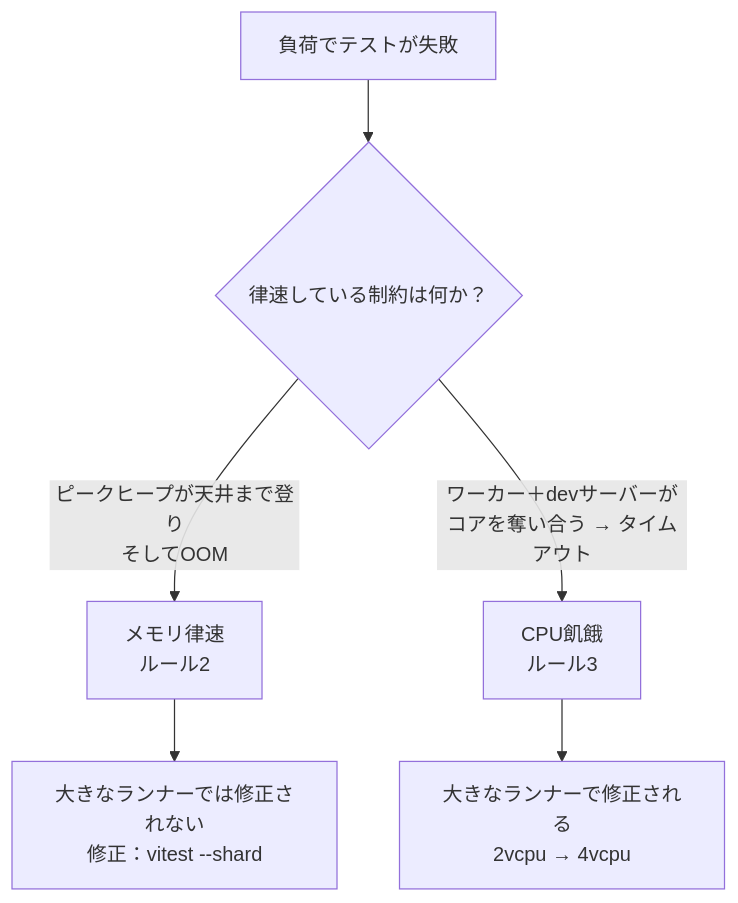
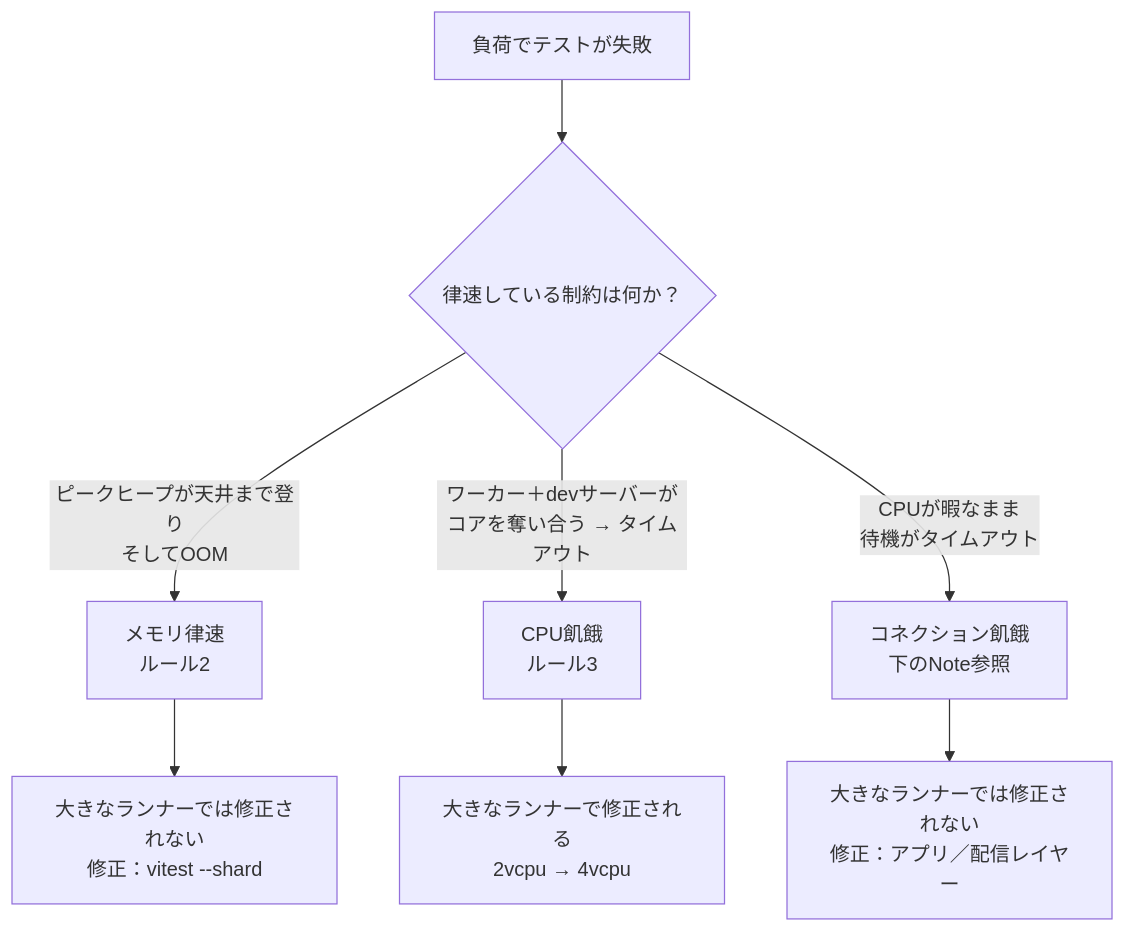
Before and after one commit to Takazudo/zudo-test-wisdom: the diagram in src/content/docs-ja/tools-reference/ci-runner-sizing.mdx, drawn with Mermaid. The commit also changed other lines of this file and 7 other files, not shown here.

````diff
--- a/src/content/docs-ja/tools-reference/ci-runner-sizing.mdx
+++ b/src/content/docs-ja/tools-reference/ci-runner-sizing.mdx
@@ -148,8 +148,10 @@
 ```mermaid
 flowchart TD
   A[負荷でテストが失敗] --> B{律速している制約は何か？}
   B -->|ピークヒープが天井まで登り<br/>そしてOOM| C[メモリ律速<br/>ルール2]
   B -->|ワーカー＋devサーバーが<br/>コアを奪い合う → タイムアウト| D[CPU飢餓<br/>ルール3]
+  B -->|CPUが暇なまま<br/>待機がタイムアウト| E[コネクション飢餓<br/>下のNote参照]
   C --> C1[大きなランナーでは修正されない<br/>修正：vitest --shard]
   D --> D1[大きなランナーで修正される<br/>2vcpu → 4vcpu]
+  E --> E1[大きなランナーでは修正されない<br/>修正：アプリ／配信レイヤー]
 ```
````
